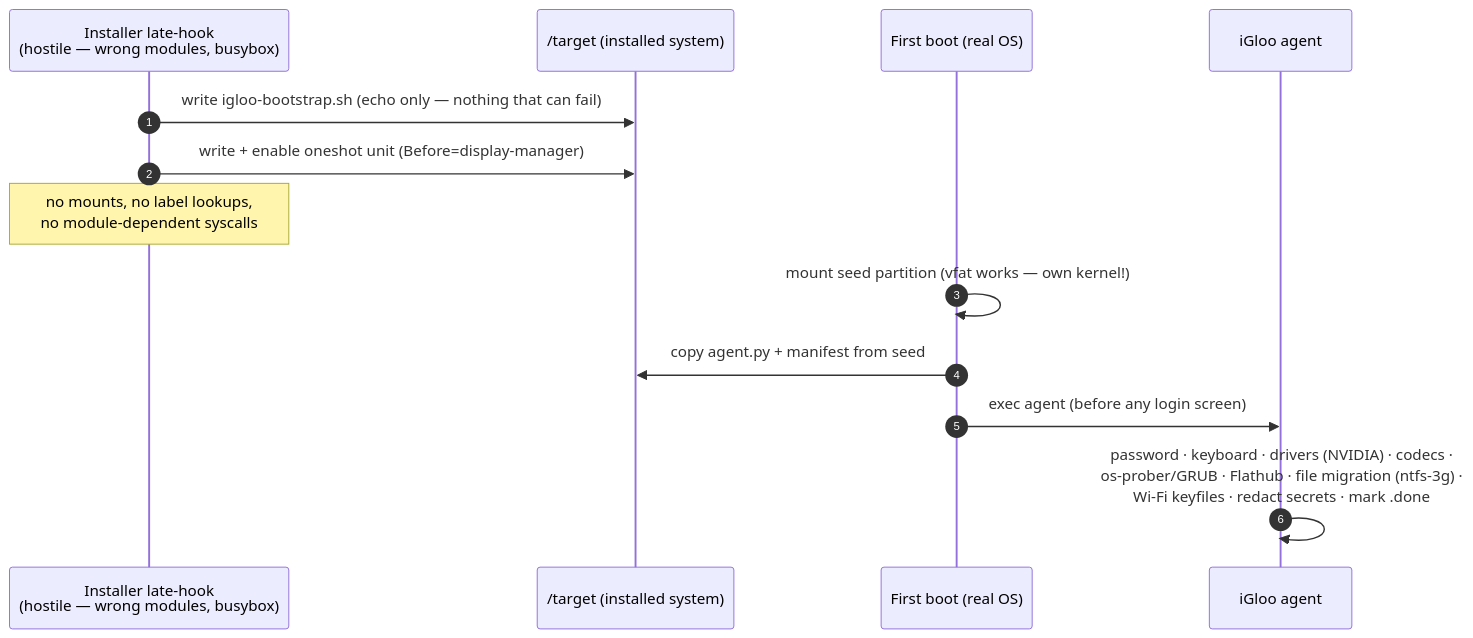
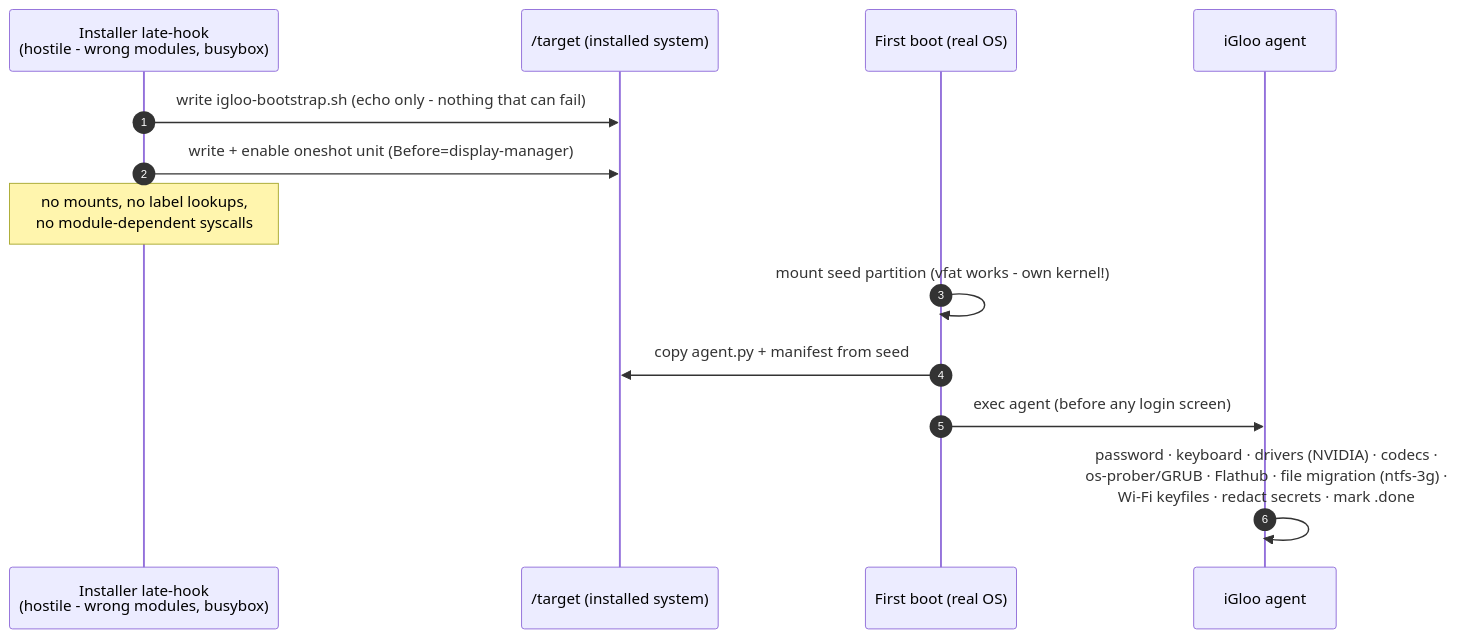
Before and after one commit to gillesduif/iGloo: the fifth of 6 diagrams in docs/architecture.md, drawn with Mermaid. The commit also changed other lines of this file and 25 other files, not shown here.

Commit message:
docs: align documentation with 0.1-alpha validation state, expand roadmap, add WAN Show mention

````diff
--- a/docs/architecture.md
+++ b/docs/architecture.md
@@ -157,16 +157,16 @@
 ```mermaid
 sequenceDiagram
     autonumber
-    participant IH as Installer late-hook<br>(hostile — wrong modules, busybox)
+    participant IH as Installer late-hook<br>(hostile - wrong modules, busybox)
     participant T as /target (installed system)
     participant FB as First boot (real OS)
     participant A as iGloo agent
 
-    IH->>T: write igloo-bootstrap.sh (echo only — nothing that can fail)
+    IH->>T: write igloo-bootstrap.sh (echo only - nothing that can fail)
     IH->>T: write + enable oneshot unit (Before=display-manager)
     Note over IH: no mounts, no label lookups,<br>no module-dependent syscalls
-    FB->>FB: mount seed partition (vfat works — own kernel!)
+    FB->>FB: mount seed partition (vfat works - own kernel!)
     FB->>T: copy agent.py + manifest from seed
     FB->>A: exec agent (before any login screen)
     A->>A: password · keyboard · drivers (NVIDIA) · codecs ·<br>os-prober/GRUB · Flathub · file migration (ntfs-3g) ·<br>Wi-Fi keyfiles · redact secrets · mark .done
 ```
````
